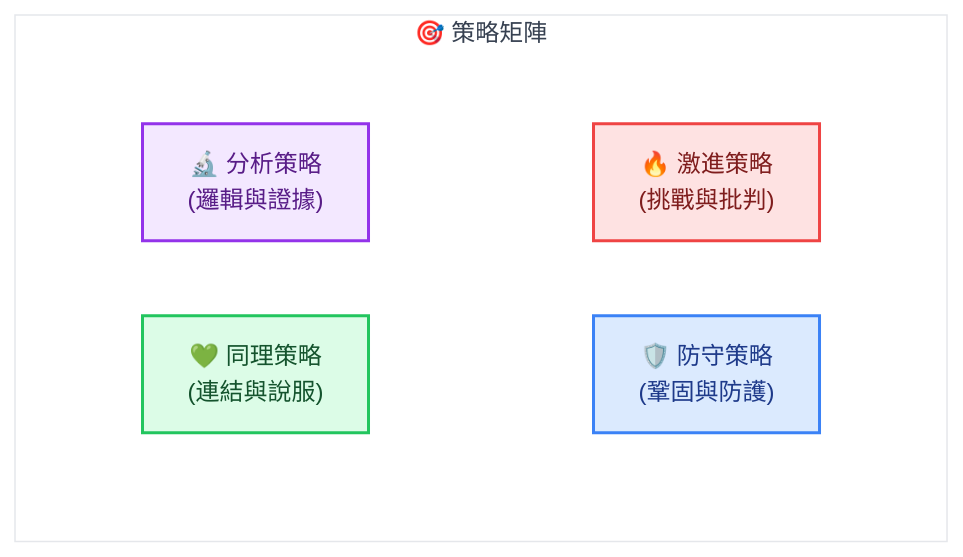
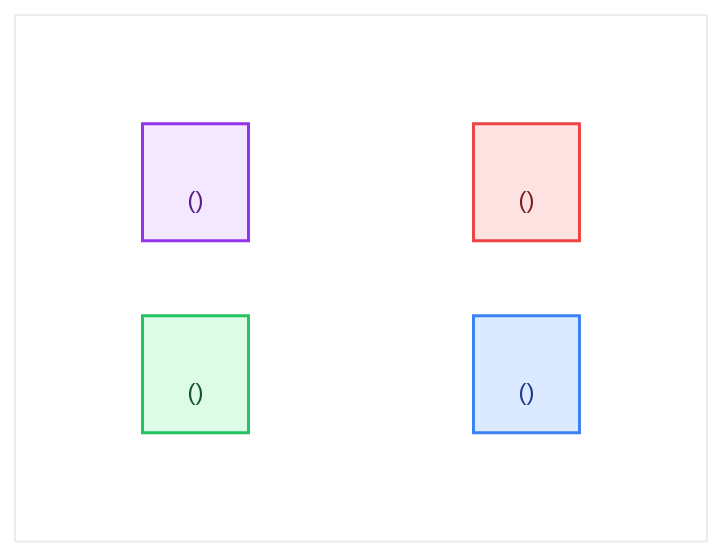
The seventh of 8 diagrams in README.md (AluminumShark/Social-Debate-AI), drawn with Mermaid before and after one commit. The commit also changed other lines of this file and 32 other files, not shown here.

````diff
--- a/README.md
+++ b/README.md
@@ -560,28 +560,28 @@
 ```mermaid
 %%{init: {'theme': 'base'}}%%
 graph TB
-    subgraph Matrix["🎯 策略矩陣"]
+    subgraph Matrix[" "]
         direction TB
         
         subgraph Row1[" "]
             direction LR
-            S1["🔥 激進策略<br/>(挑戰與批判)"]:::red
-            S2["🛡️ 防守策略<br/>(鞏固與防護)"]:::blue
+            S1[" <br/>()"]:::red
+            S2[" <br/>()"]:::blue
         end
         
         subgraph Row2[" "]
             direction LR
-            S3["🔬 分析策略<br/>(邏輯與證據)"]:::purple
-            S4["💚 同理策略<br/>(連結與說服)"]:::green
+            S3[" <br/>()"]:::purple
+            S4[" <br/>()"]:::green
         end
     end
 
     classDef red fill:#fee2e2,stroke:#ef4444,stroke-width:2px,color:#7f1d1d;
     classDef blue fill:#dbeafe,stroke:#3b82f6,stroke-width:2px,color:#1e3a8a;
     classDef purple fill:#f3e8ff,stroke:#9333ea,stroke-width:2px,color:#581c87;
     classDef green fill:#dcfce7,stroke:#22c55e,stroke-width:2px,color:#14532d;
     
     style Matrix fill:#ffffff,stroke:#e5e7eb,color:#374151
     style Row1 fill:transparent,stroke:transparent
     style Row2 fill:transparent,stroke:transparent
 ```
````
